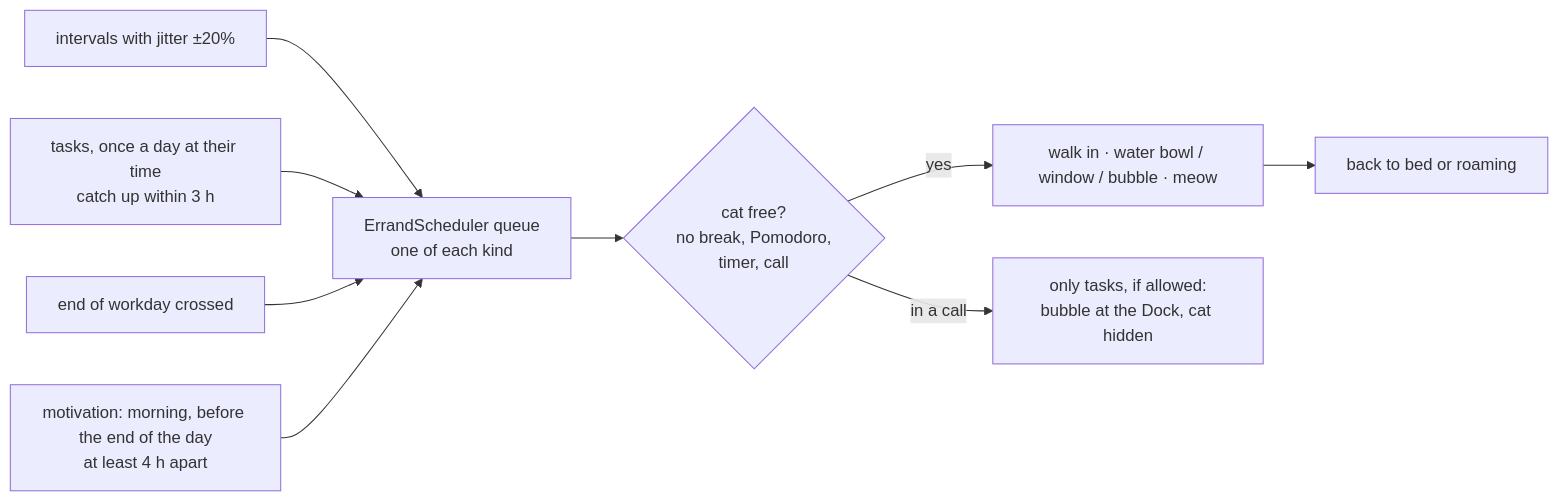
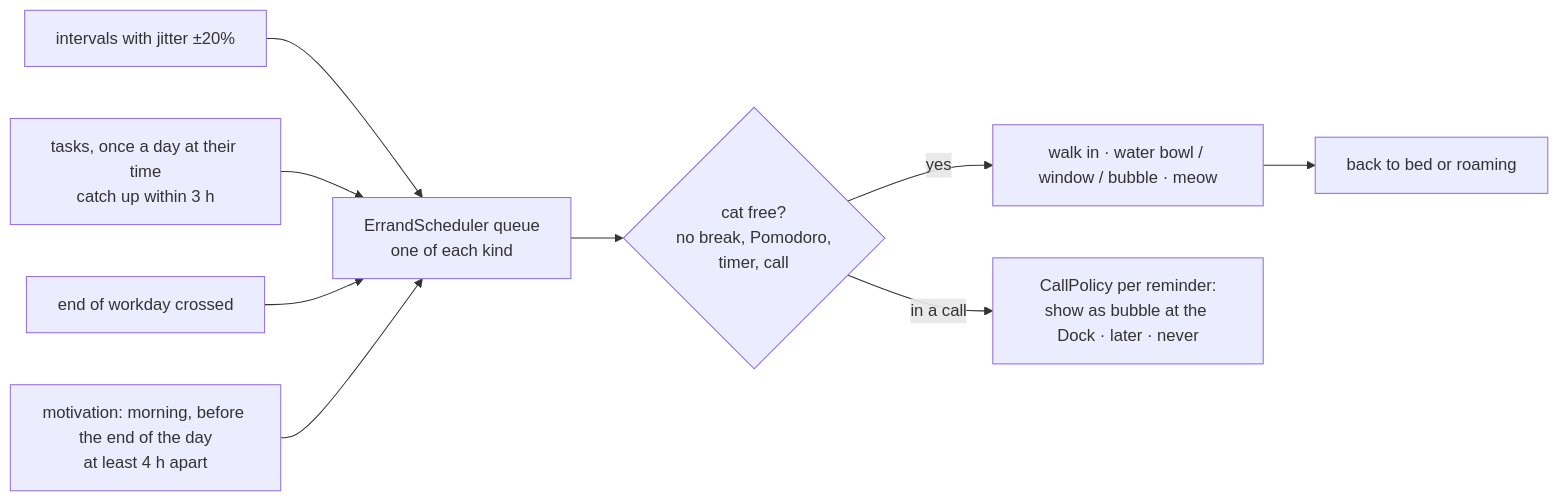
Before and after one commit to TheesBudde/pixelcat: the third of 4 diagrams in docs/ARCHITECTURE.md, drawn with Mermaid. The commit also changed other lines of this file, not shown here.

````diff
--- a/docs/ARCHITECTURE.md
+++ b/docs/ARCHITECTURE.md
@@ -152,11 +159,11 @@
 ```mermaid
 flowchart LR
     Timers[intervals with jitter ±20%] --> Queue
     Tasks[tasks, once a day at their time<br/>catch up within 3 h] --> Queue
     Clock[end of workday crossed] --> Queue
     Cheer[motivation: morning, before the end of the day<br/>at least 4 h apart] --> Queue
     Queue[ErrandScheduler queue<br/>one of each kind] --> Gate{cat free?<br/>no break, Pomodoro,<br/>timer, call}
     Gate -- yes --> Run[walk in · water bowl / window / bubble · meow]
-    Gate -- in a call --> TaskOnly[only tasks, if allowed:<br/>bubble at the Dock, cat hidden]
+    Gate -- in a call --> Policy[CallPolicy per reminder:<br/>show as bubble at the Dock · later · never]
     Run --> Back[back to bed or roaming]
 ```
````
